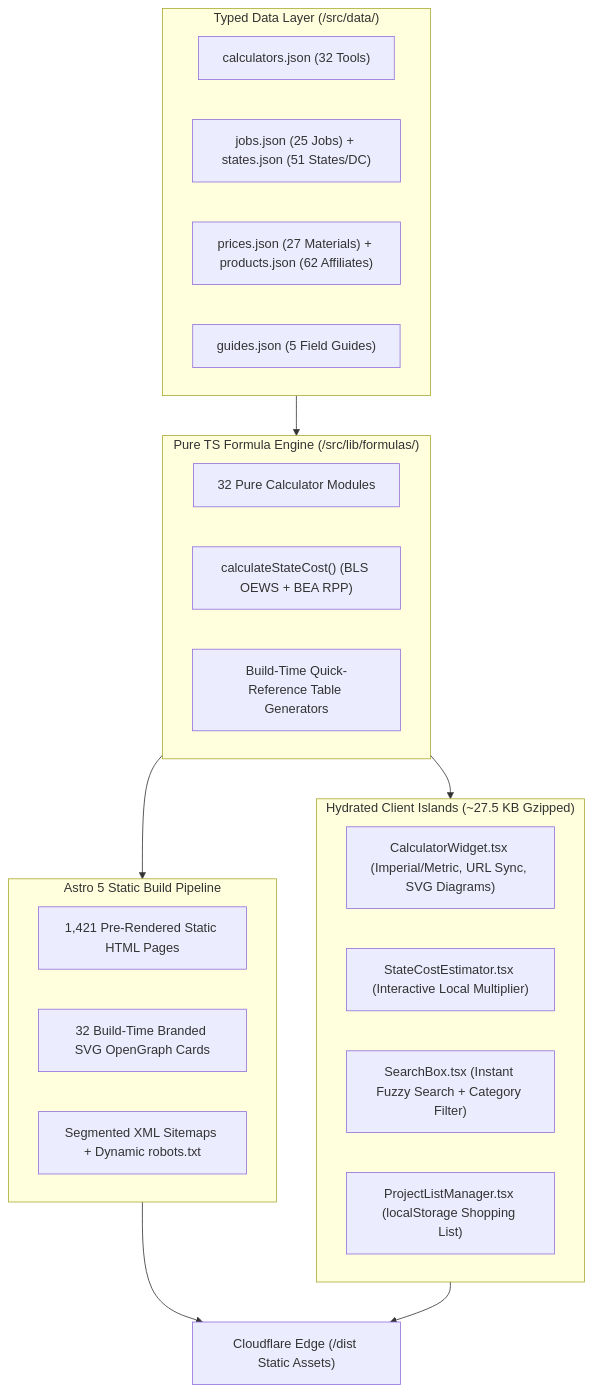
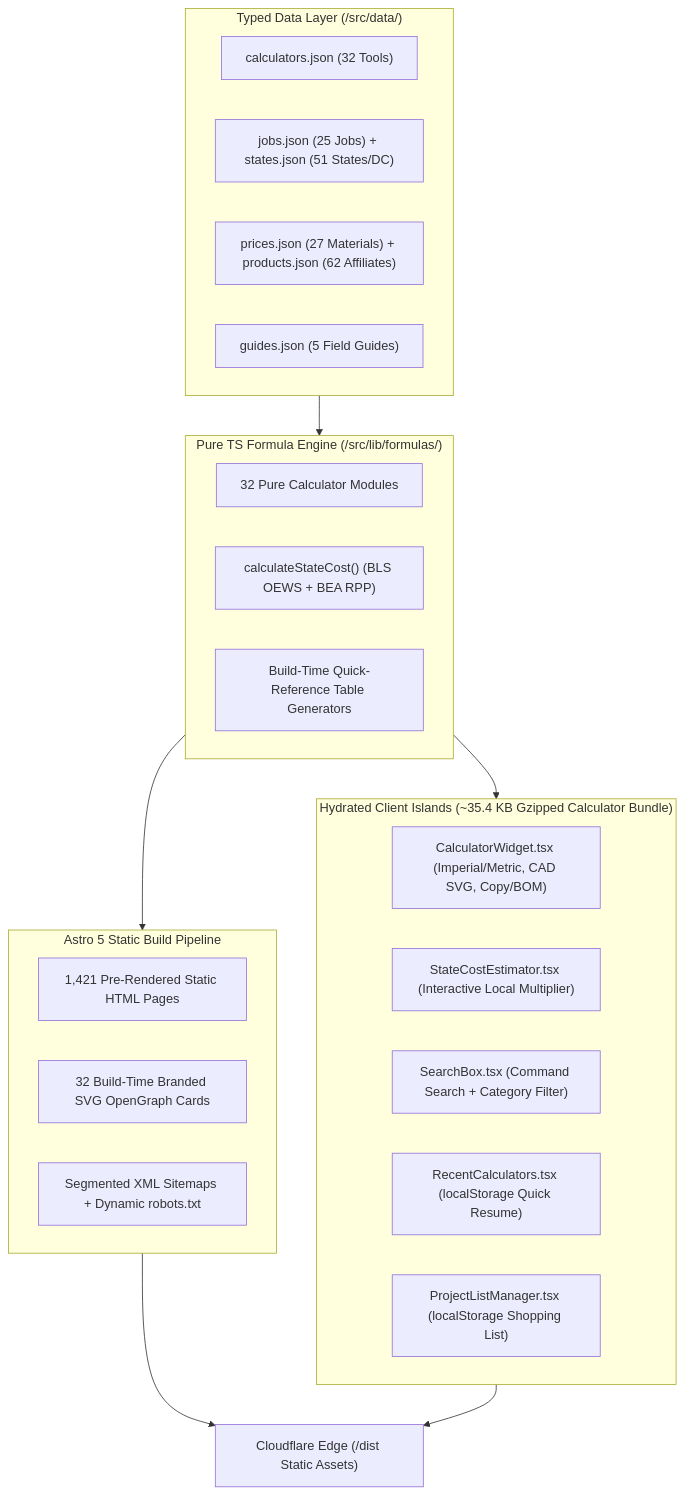
The diagram in README.md (Kabirroy12345/BuildMath), drawn with Mermaid before and after one commit. The commit also changed other lines of this file and 45 other files, not shown here.

````diff
--- a/README.md
+++ b/README.md
@@ -54,34 +54,35 @@
 ```mermaid
 flowchart TD
     subgraph DataLayer["Typed Data Layer (/src/data/)"]
         CALC_JSON["calculators.json (32 Tools)"]
         COST_JSON["jobs.json (25 Jobs) + states.json (51 States/DC)"]
         PRICE_JSON["prices.json (27 Materials) + products.json (62 Affiliates)"]
         GUIDE_JSON["guides.json (5 Field Guides)"]
     end
 
     subgraph FormulaCore["Pure TS Formula Engine (/src/lib/formulas/)"]
         FORMULAS["32 Pure Calculator Modules"]
         STATE_MATH["calculateStateCost() (BLS OEWS + BEA RPP)"]
         QUICK_REF["Build-Time Quick-Reference Table Generators"]
     end
 
     subgraph AstroSSG["Astro 5 Static Build Pipeline"]
         PAGES["1,421 Pre-Rendered Static HTML Pages"]
         OG_SVG["32 Build-Time Branded SVG OpenGraph Cards"]
         SITEMAPS["Segmented XML Sitemaps + Dynamic robots.txt"]
     end
 
-    subgraph PreactIslands["Hydrated Client Islands (~27.5 KB Gzipped)"]
-        WIDGET["CalculatorWidget.tsx (Imperial/Metric, URL Sync, SVG Diagrams)"]
+    subgraph PreactIslands["Hydrated Client Islands (~35.4 KB Gzipped Calculator Bundle)"]
+        WIDGET["CalculatorWidget.tsx (Imperial/Metric, CAD SVG, Copy/BOM)"]
         ESTIMATOR["StateCostEstimator.tsx (Interactive Local Multiplier)"]
-        SEARCH["SearchBox.tsx (Instant Fuzzy Search + Category Filter)"]
+        SEARCH["SearchBox.tsx (Command Search + Category Filter)"]
+        RECENT["RecentCalculators.tsx (localStorage Quick Resume)"]
         PROJECT["ProjectListManager.tsx (localStorage Shopping List)"]
     end
 
     DataLayer --> FormulaCore
     FormulaCore --> AstroSSG
     FormulaCore --> PreactIslands
     AstroSSG --> DIST["Cloudflare Edge (/dist Static Assets)"]
     PreactIslands --> DIST
 ```
````
